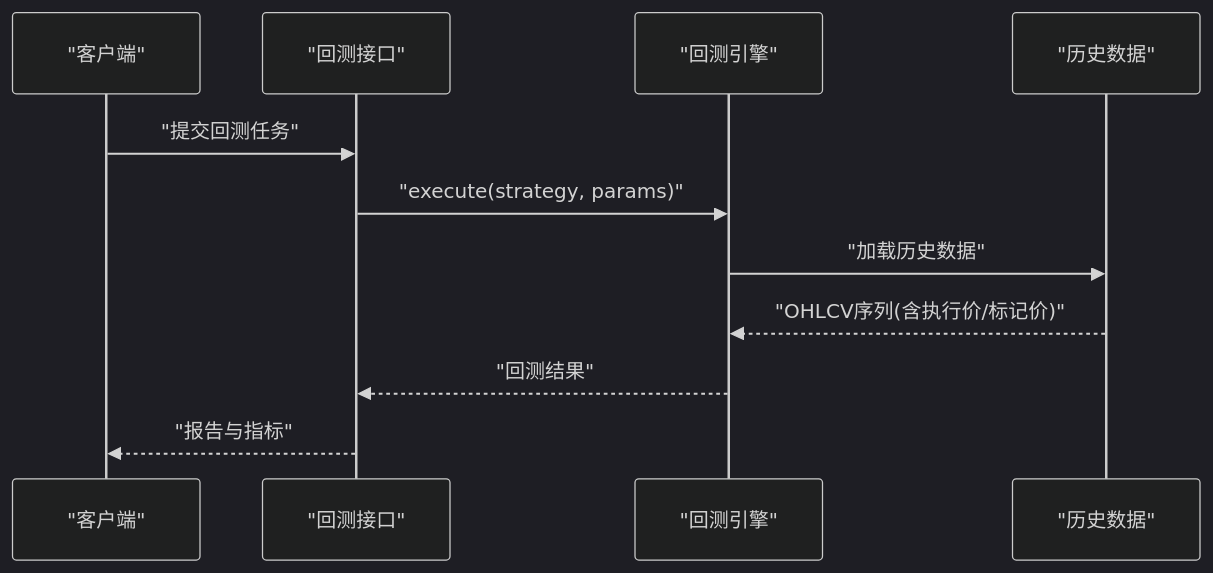
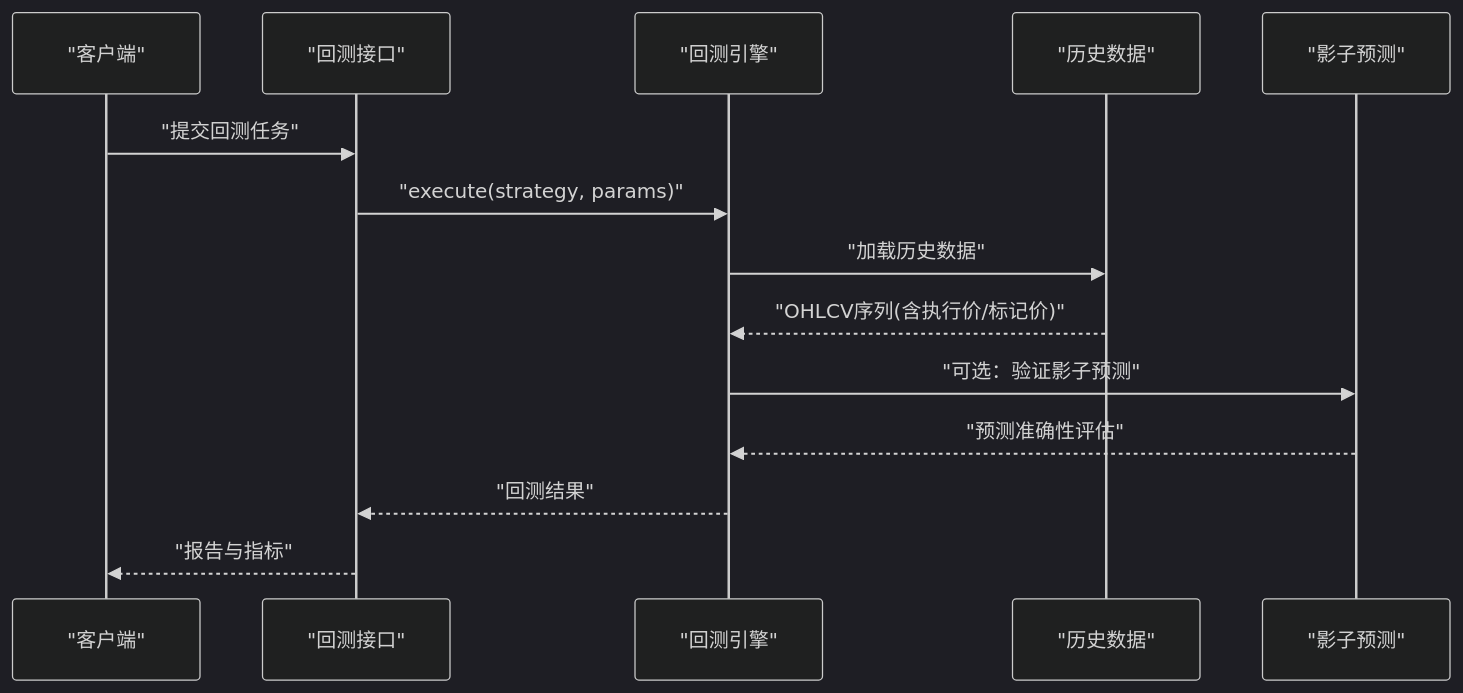
Before and after one commit to anYaoooo/daily_stock_analysis: diagram 13 of 14 in .qoder/repowiki/zh/content/API参考文档/加密货币交易API.md, drawn with Mermaid (dark theme). The commit also changed other lines of this file and 16 other files, not shown here.

````diff
--- a/.qoder/repowiki/zh/content/API参考文档/加密货币交易API.md
+++ b/.qoder/repowiki/zh/content/API参考文档/加密货币交易API.md
@@ -425,13 +523,16 @@
 ```mermaid
 sequenceDiagram
 participant Client as "客户端"
 participant API as "回测接口"
 participant Engine as "回测引擎"
 participant Data as "历史数据"
+participant Shadow as "影子预测"
 Client->>API : "提交回测任务"
 API->>Engine : "execute(strategy, params)"
 Engine->>Data : "加载历史数据"
 Data-->>Engine : "OHLCV序列(含执行价/标记价)"
+Engine->>Shadow : "可选：验证影子预测"
+Shadow-->>Engine : "预测准确性评估"
 Engine-->>API : "回测结果"
 API-->>Client : "报告与指标"
 ```
````
